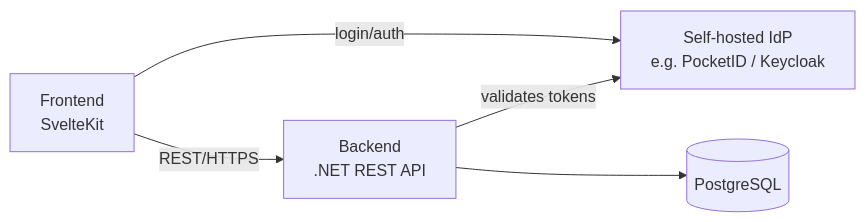
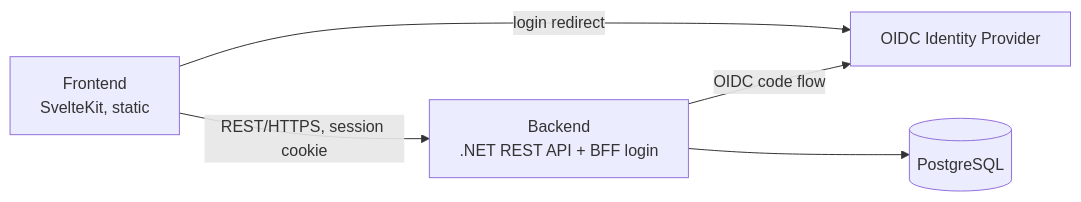
The first of 2 diagrams in docs/arc42/05_building_block_view.md (SvBrunner/TacticalBoard), drawn with Mermaid before and after one commit. The commit also changed other lines of this file and 10 other files, not shown here.

Commit message:
docs: specify phase 2 backend architecture and requirements

````diff
--- a/docs/arc42/05_building_block_view.md
+++ b/docs/arc42/05_building_block_view.md
@@ -5,12 +5,12 @@
 ```mermaid
 graph LR
-    Frontend[Frontend<br/>SvelteKit]
-    Backend[Backend<br/>.NET REST API]
+    Frontend[Frontend<br/>SvelteKit, static]
+    Backend[Backend<br/>.NET REST API + BFF login]
     DB[(PostgreSQL)]
-    IdP[Self-hosted IdP<br/>e.g. PocketID / Keycloak]
+    IdP[OIDC Identity Provider]
 
-    Frontend -- REST/HTTPS --> Backend
-    Frontend -- login/auth --> IdP
-    Backend -- validates tokens --> IdP
+    Frontend -- REST/HTTPS, session cookie --> Backend
+    Frontend -- login redirect --> IdP
+    Backend -- OIDC code flow --> IdP
     Backend --> DB
 ```
````
